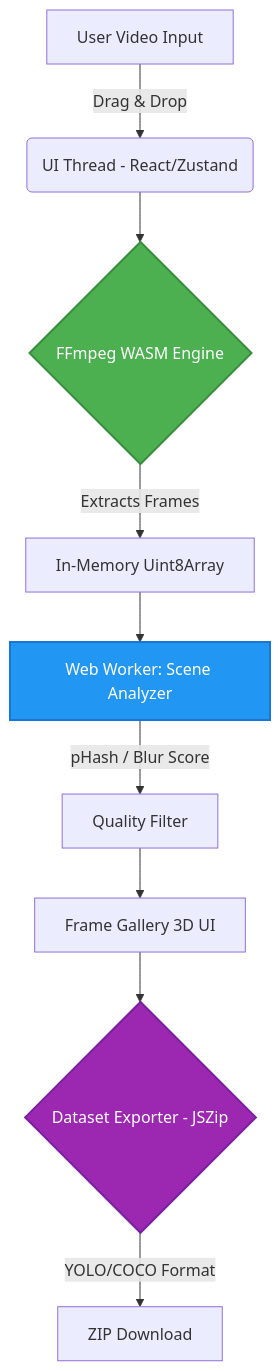
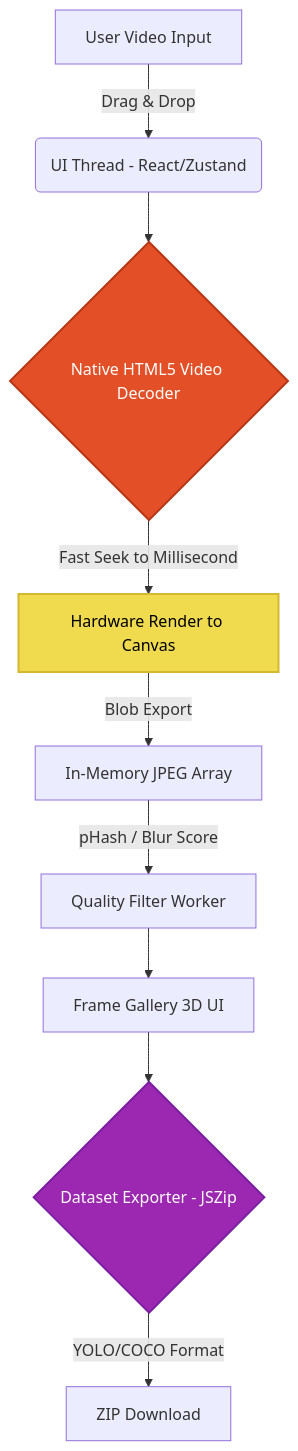
The diagram in README.md (abhranilsingharoy-cloud/Vedio-Frame-Cosmos), drawn with Mermaid before and after one commit. The commit also changed other lines of this file and 1 other file, not shown here.

Commit message:
Docs: Update README and ensure 100% mobile compatibility for Canvas engine

````diff
--- a/README.md
+++ b/README.md
@@ -55,15 +56,15 @@
 ```mermaid
 graph TD
     A[User Video Input] -->|Drag & Drop| B(UI Thread - React/Zustand)
-    B --> C{FFmpeg WASM Engine}
-    C -->|Extracts Frames| D[In-Memory Uint8Array]
-    D --> E[Web Worker: Scene Analyzer]
-    E -->|pHash / Blur Score| F[Quality Filter]
+    B --> C{Native HTML5 Video Decoder}
+    C -->|Fast Seek to Millisecond| D[Hardware Render to Canvas]
+    D -->|Blob Export| E[In-Memory JPEG Array]
+    E -->|pHash / Blur Score| F[Quality Filter Worker]
     F --> G[Frame Gallery 3D UI]
     G --> H{Dataset Exporter - JSZip}
     H -->|YOLO/COCO Format| I[ZIP Download]
     
-    style C fill:#4CAF50,stroke:#388E3C,stroke-width:2px,color:white
-    style E fill:#2196F3,stroke:#1976D2,stroke-width:2px,color:white
+    style C fill:#E34F26,stroke:#B73818,stroke-width:2px,color:white
+    style D fill:#F0DB4F,stroke:#D4B830,stroke-width:2px,color:black
     style H fill:#9C27B0,stroke:#7B1FA2,stroke-width:2px,color:white
 ```
````
